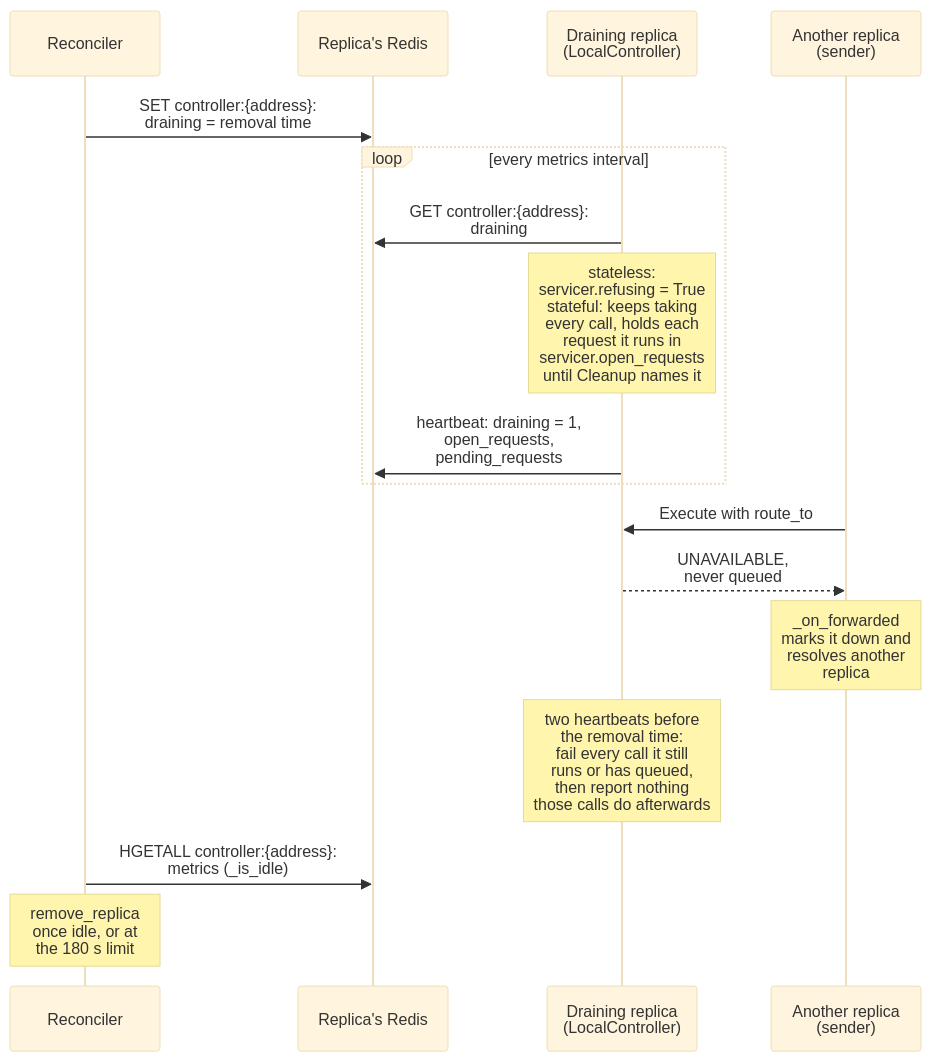
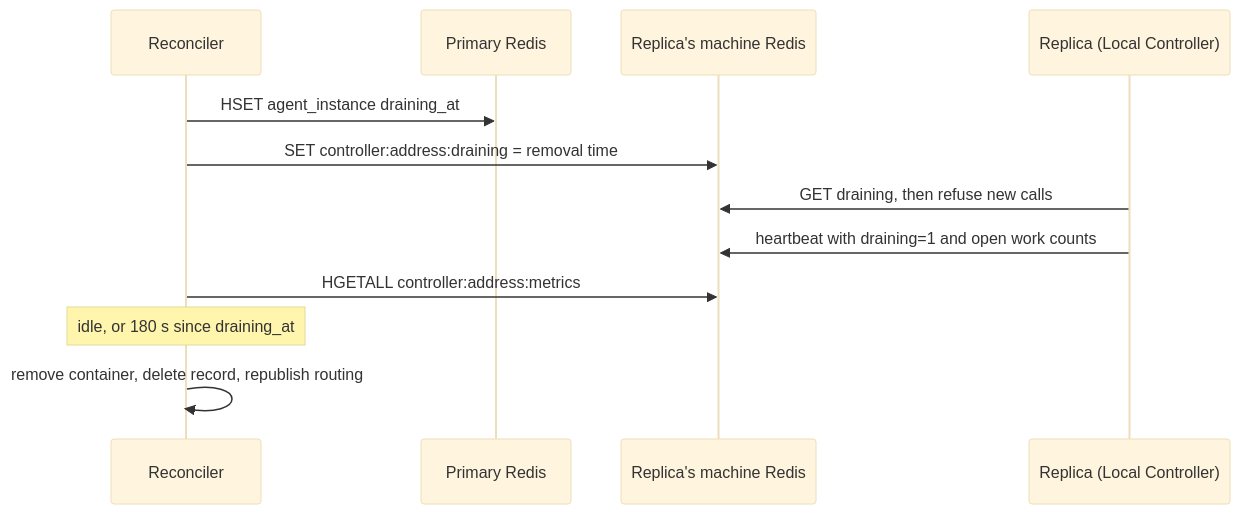
The second of 2 diagrams in docs/architecture/RECONCILER.md (CanyonCodeCoreAI/canyonos), drawn with Mermaid (base theme) before and after one commit. The commit also changed other lines of this file and 8 other files, not shown here.

````diff
--- a/docs/architecture/RECONCILER.md
+++ b/docs/architecture/RECONCILER.md
@@ -237,20 +117,15 @@
 ```mermaid
 sequenceDiagram
     participant RC as Reconciler
-    participant NR as Replica's Redis
-    participant D as Draining replica<br/>(LocalController)
-    participant S as Another replica<br/>(sender)
+    participant R as Primary Redis
+    participant MR as Replica's machine Redis
+    participant L as Replica (Local Controller)
 
-    RC->>NR: SET controller:{address}:<br/>draining = removal time
-    loop every metrics interval
-        D->>NR: GET controller:{address}:<br/>draining
-        Note over D: stateless:<br/>servicer.refusing = True<br/>stateful: keeps taking<br/>every call, holds each<br/>request it runs in<br/>servicer.open_requests<br/>until Cleanup names it
-        D->>NR: heartbeat: draining = 1,<br/>open_requests,<br/>pending_requests
-    end
-    S->>D: Execute with route_to
-    D-->>S: UNAVAILABLE,<br/>never queued
-    Note over S: _on_forwarded<br/>marks it down and<br/>resolves another<br/>replica
-    Note over D: two heartbeats before<br/>the removal time:<br/>fail every call it still<br/>runs or has queued,<br/>then report nothing<br/>those calls do afterwards
-    RC->>NR: HGETALL controller:{address}:<br/>metrics (_is_idle)
-    Note over RC: remove_replica<br/>once idle, or at<br/>the 180 s limit
+    RC->>R: HSET agent_instance draining_at
+    RC->>MR: SET controller:address:draining = removal time
+    L->>MR: GET draining, then refuse new calls
+    L->>MR: heartbeat with draining=1 and open work counts
+    RC->>MR: HGETALL controller:address:metrics
+    Note over RC: idle, or 180 s since draining_at
+    RC->>RC: remove container, delete record, republish routing
 ```
````
